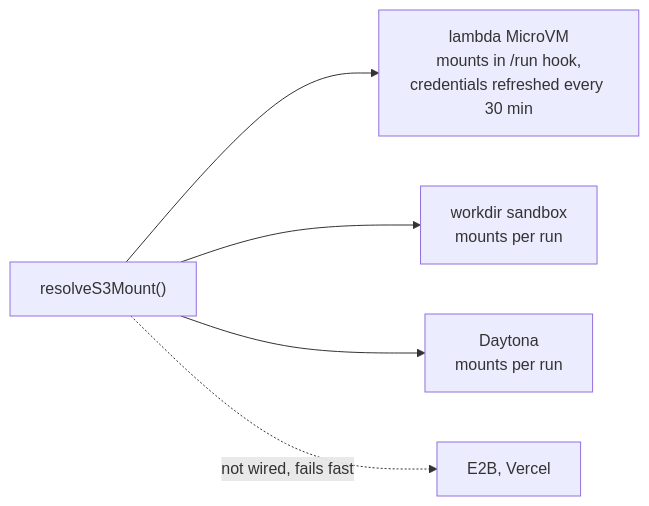
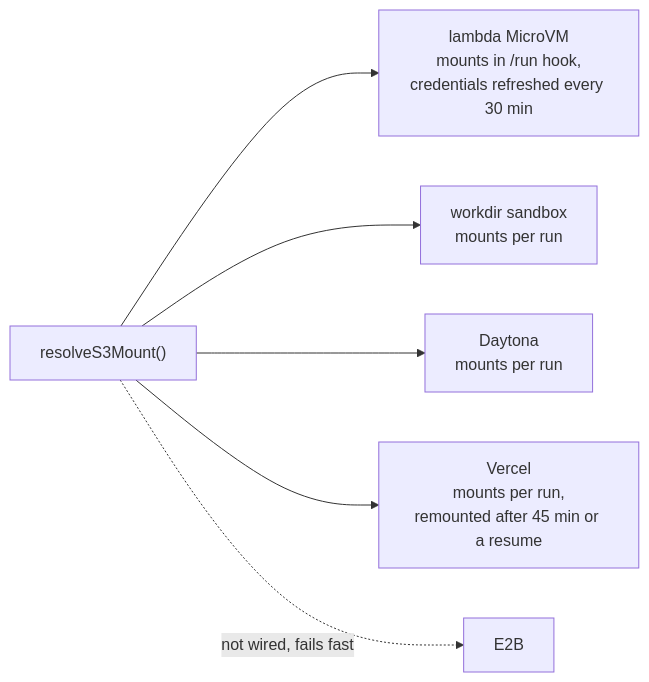
The second of 8 diagrams in apps/docs/docs/internals/storage.md (beeblastco/broods), drawn with Mermaid before and after one commit. The commit also changed 13 other files, not shown here.

````diff
--- a/apps/docs/docs/internals/storage.md
+++ b/apps/docs/docs/internals/storage.md
@@ -31,7 +31,8 @@
 ```mermaid
 flowchart LR
   Resolve["resolveS3Mount()"] --> VM["lambda MicroVM<br/>mounts in /run hook,<br/>credentials refreshed every 30 min"]
   Resolve --> Wd["workdir sandbox<br/>mounts per run"]
   Resolve --> Dt["Daytona<br/>mounts per run"]
-  Resolve -.->|"not wired, fails fast"| EV["E2B, Vercel"]
+  Resolve --> Vc["Vercel<br/>mounts per run,<br/>remounted after 45 min or a resume"]
+  Resolve -.->|"not wired, fails fast"| EV["E2B"]
 ```
````
